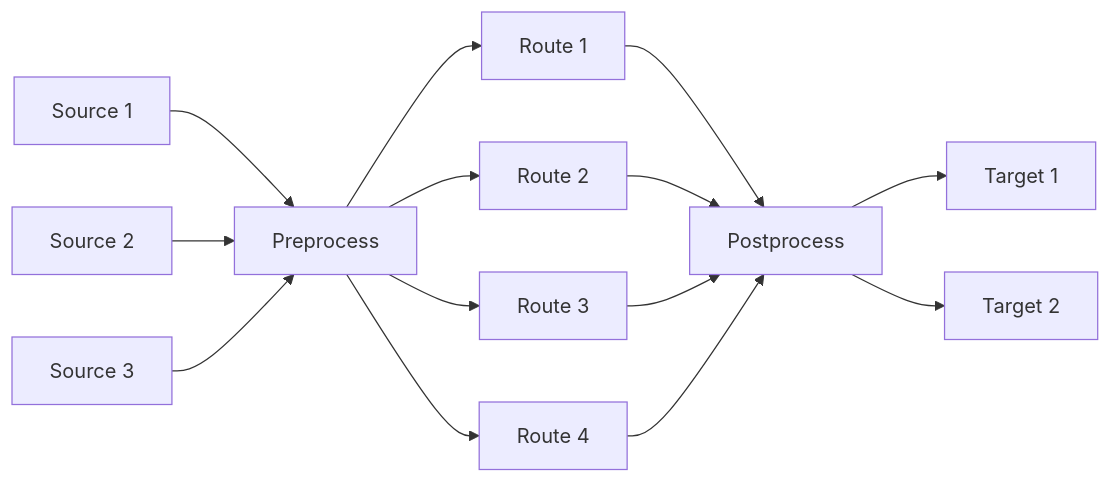
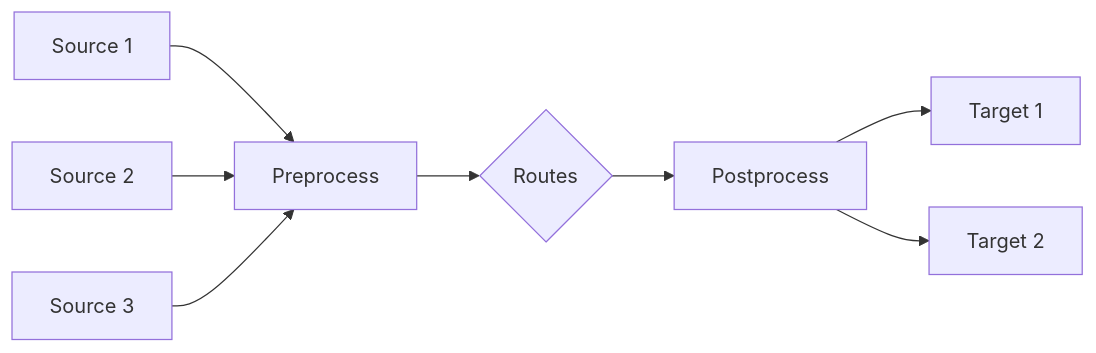
Before and after one commit to VirtualMetric/virtualmetric-docs: the fifth of 6 diagrams in docs/administration/pipelines/overview.mdx, drawn with Mermaid. The commit also changed other lines of this file and 1 other file, not shown here.

````diff
--- a/docs/administration/pipelines/overview.mdx
+++ b/docs/administration/pipelines/overview.mdx
@@ -134,29 +134,17 @@
 ```mermaid
 %%{init: {"flowchart": {"htmlLabels": false}}}%%
 flowchart LR
 	source1["`Source 1`"]
 	source2["`Source 2`"]
 	source3["`Source 3`"]
   preprocess["`Preprocess`"]
-	route1["`Route 1`"]
-	route2["`Route 2`"]
-	route3["`Route 3`"]
-	route4["`Route 4`"]
+	route{"`Routes`"}
   postprocess["`Postprocess`"]
 	target1["`Target 1`"]
 	target2["`Target 2`"]
 
-	source1 --> preprocess;
-	source2 --> preprocess;
-	source3 --> preprocess;
-	preprocess --> route1;
-	preprocess --> route2;
-	preprocess --> route3;
-	preprocess --> route4;
-	route1 --> postprocess;
-	route2 --> postprocess;
-	route3 --> postprocess;
-	route4 --> postprocess;
-  postprocess --> target1;
-  postprocess --> target2
+	source1 & source2 & source3 --> preprocess
+	preprocess --> route
+	route --> postprocess
+  postprocess --> target1 & target2
 ```
````
